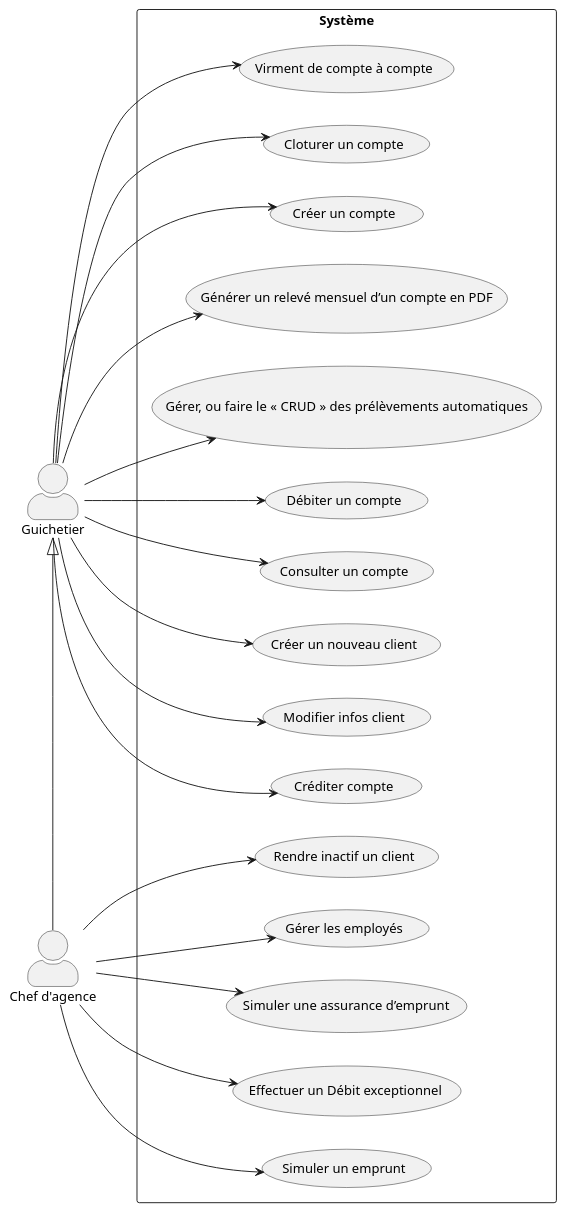
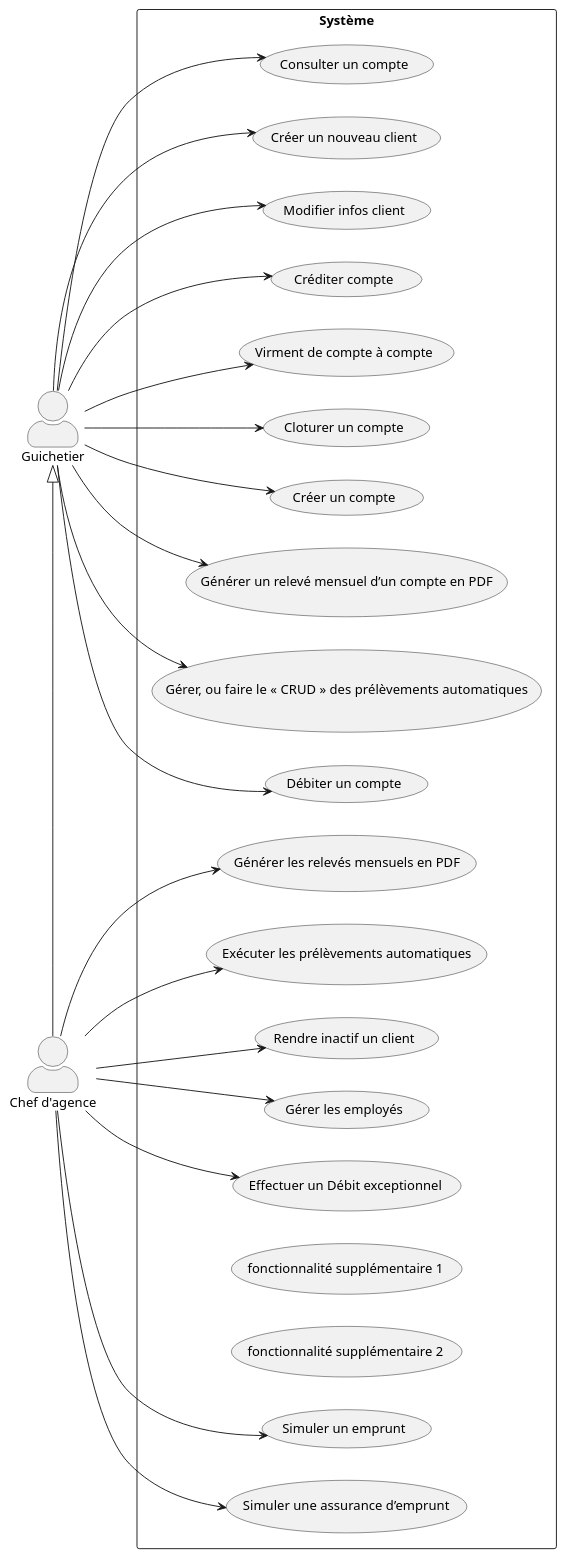
Before and after one commit to IUT-Blagnac/sae2022-bank-1b03: the diagram in Documentation/Documentation - Version 3/plantuml/use-case-v3.plantuml, drawn with PlantUML.

Commit message:
Update use-case-v3.plantuml
ajout des nouvelles tâches

```diff
--- a/Documentation/Documentation - Version 3/plantuml/use-case-v3.plantuml
+++ b/Documentation/Documentation - Version 3/plantuml/use-case-v3.plantuml
@@ -1,47 +1,57 @@
 @startuml use-case
 
 skinparam actorStyle awesome
 :Chef d'agence:
 :Guichetier:
 rectangle Système {
     (Rendre inactif un client)
     (Gérer les employés)
     (Débiter un compte)
     (Consulter un compte)
     (Créer un nouveau client)
     (Modifier infos client)
     (Créditer compte)
     (Virment de compte à compte)
     (Cloturer un compte)
     (Créer un compte)
+
     (Générer un relevé mensuel d’un compte en PDF)
     (Gérer, ou faire le « CRUD » des prélèvements automatiques)
     (Effectuer un Débit exceptionnel)
     (Simuler un emprunt)
     (Simuler une assurance d’emprunt)
+
+    (fonctionnalité supplémentaire 1)
+    (fonctionnalité supplémentaire 2)
+    (Générer les relevés mensuels en PDF)
+    (Exécuter les prélèvements automatiques)
 }
 
 
 (Guichetier) <|-right- (Chef d'agence)
 
 left to right direction
 :Chef d'agence: --> (Rendre inactif un client)
 :Chef d'agence: --> (Gérer les employés)
 :Chef d'agence: --> (Effectuer un Débit exceptionnel)
 :Chef d'agence: --> (Simuler un emprunt)
 :Chef d'agence: --> (Simuler une assurance d’emprunt)
 
+:Chef d'agence: --> (Générer les relevés mensuels en PDF)
+:Chef d'agence: --> (Exécuter les prélèvements automatiques)
+
 
 (Guichetier) --> (Débiter un compte) 
 (Guichetier) --> (Consulter un compte) 
 (Guichetier) --> (Créer un nouveau client) 
 (Guichetier) --> (Modifier infos client) 
 (Guichetier) --> (Créditer compte) 
 (Guichetier) --> (Virment de compte à compte) 
 (Guichetier) --> (Cloturer un compte) 
-(Guichetier) --> (Créer un compte) 
+(Guichetier) --> (Créer un compte)
+
 (Guichetier) --> (Générer un relevé mensuel d’un compte en PDF)
 (Guichetier) --> (Gérer, ou faire le « CRUD » des prélèvements automatiques)
 
 
 @enduml
```
